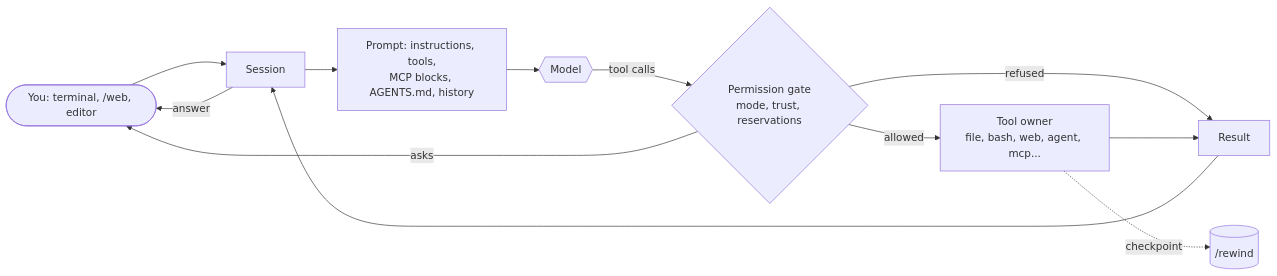
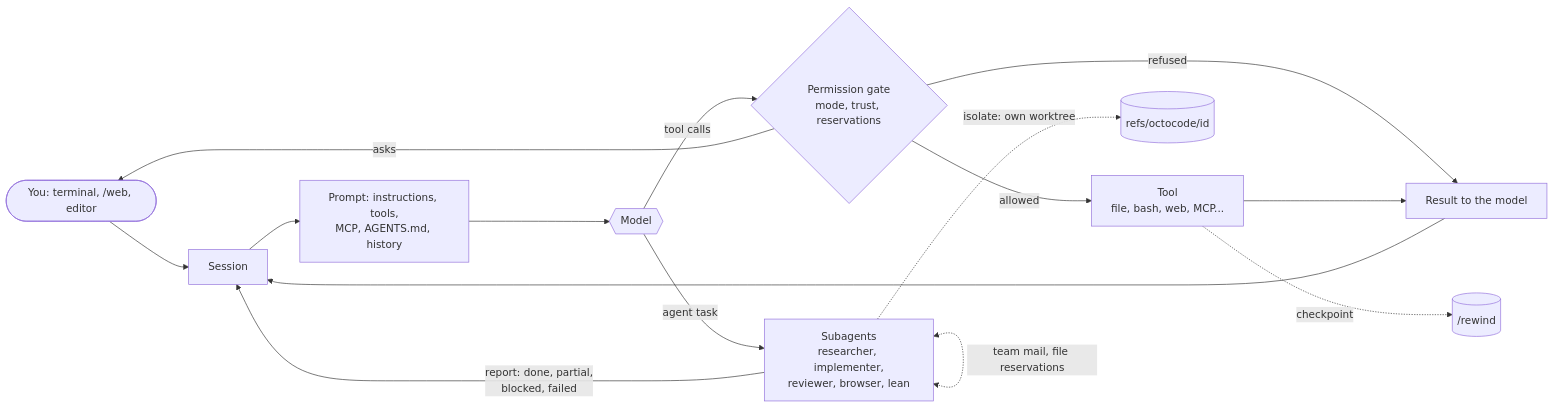
Before and after one commit to bgauryy/octocode-coding-agent: the diagram in README.md, drawn with Mermaid. The commit also changed other lines of this file and 439 other files, not shown here.

````diff
--- a/README.md
+++ b/README.md
@@ -59,14 +19,17 @@
 ```mermaid
 flowchart LR
   U(["You: terminal, /web, editor"]) --> S["Session"]
-  S --> P["Prompt: instructions, tools,<br/>MCP blocks, AGENTS.md, history"]
+  S --> P["Prompt: instructions, tools,<br/>MCP, AGENTS.md, history"]
   P --> M{{"Model"}}
   M -->|tool calls| G{"Permission gate<br/>mode, trust, reservations"}
-  G -->|allowed| T["Tool owner<br/>file, bash, web, agent, mcp..."]
+  G -->|allowed| T["Tool<br/>file, bash, web, MCP..."]
   G -->|asks| U
-  G -->|refused| R["Result"]
+  G -->|refused| R["Result to the model"]
   T --> R
   R --> S
-  S -->|answer| U
   T -.->|checkpoint| C[("/rewind")]
+  M -->|"agent task"| K["Subagents<br/>researcher, implementer,<br/>reviewer, browser, lean"]
+  K -->|"report: done, partial,<br/>blocked, failed"| S
+  K <-.->|"team mail, file reservations"| K
+  K -.->|"isolate: own worktree"| W[("refs/octocode/id")]
 ```
````
